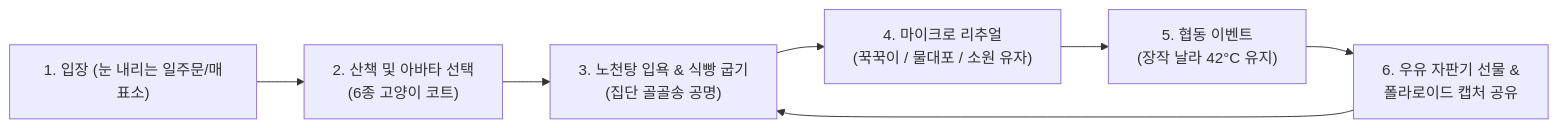
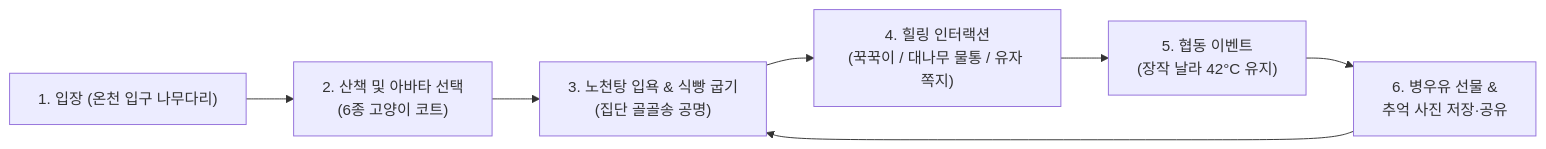
The first of 2 diagrams in docs/기획서/cat_onsen_master_plan.md (JunHoKim21/mouwon), drawn with Mermaid before and after one commit. The commit also changed other lines of this file and 12 other files, not shown here.

````diff
--- a/docs/기획서/cat_onsen_master_plan.md
+++ b/docs/기획서/cat_onsen_master_plan.md
@@ -18,9 +18,9 @@
 ```mermaid
 flowchart LR
-    A["1. 입장 (눈 내리는 일주문/매표소)"] --> B["2. 산책 및 아바타 선택<br/>(6종 고양이 코트)"]
+    A["1. 입장 (온천 입구 나무다리)"] --> B["2. 산책 및 아바타 선택<br/>(6종 고양이 코트)"]
     B --> C["3. 노천탕 입욕 & 식빵 굽기<br/>(집단 골골송 공명)"]
-    C --> D["4. 마이크로 리추얼<br/>(꾹꾹이 / 물대포 / 소원 유자)"]
+    C --> D["4. 힐링 인터랙션<br/>(꾹꾹이 / 대나무 물통 / 유자 쪽지)"]
     D --> E["5. 협동 이벤트<br/>(장작 날라 42°C 유지)"]
-    E --> F["6. 우유 자판기 선물 &<br/>폴라로이드 캡처 공유"]
+    E --> F["6. 병우유 선물 &<br/>추억 사진 저장·공유"]
     F --> C
 ```
````
